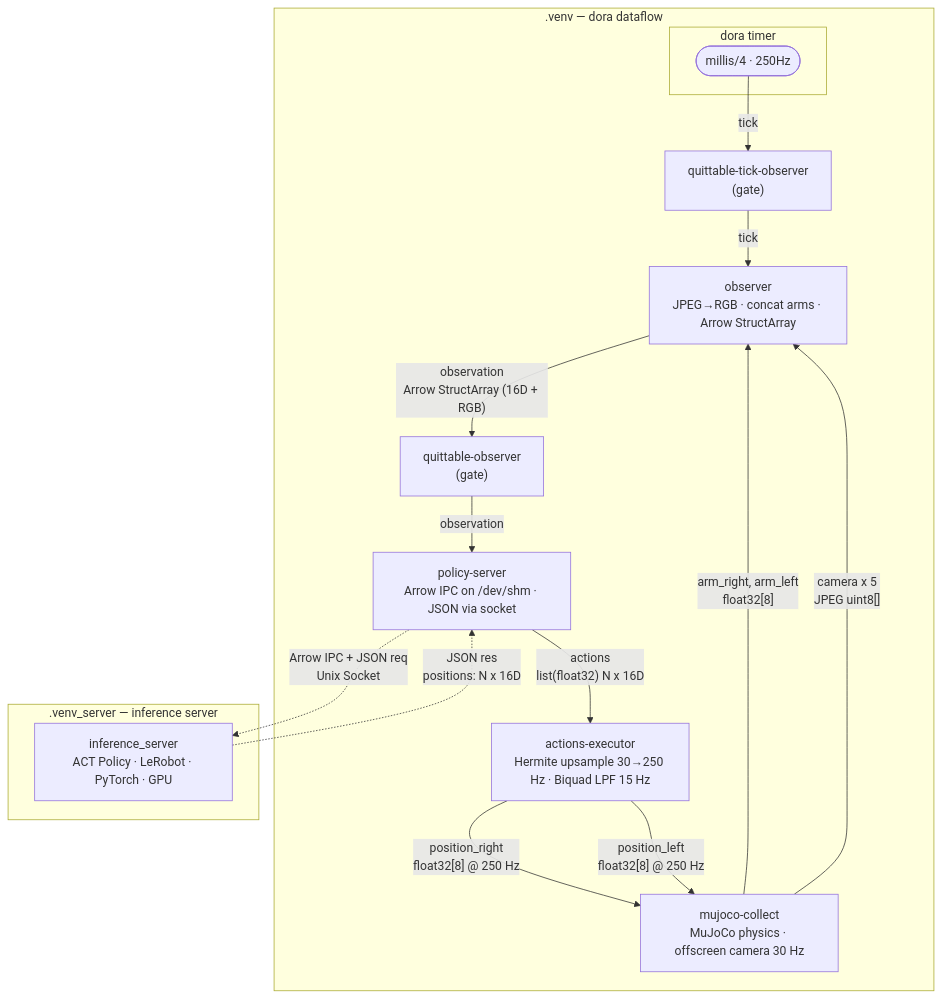
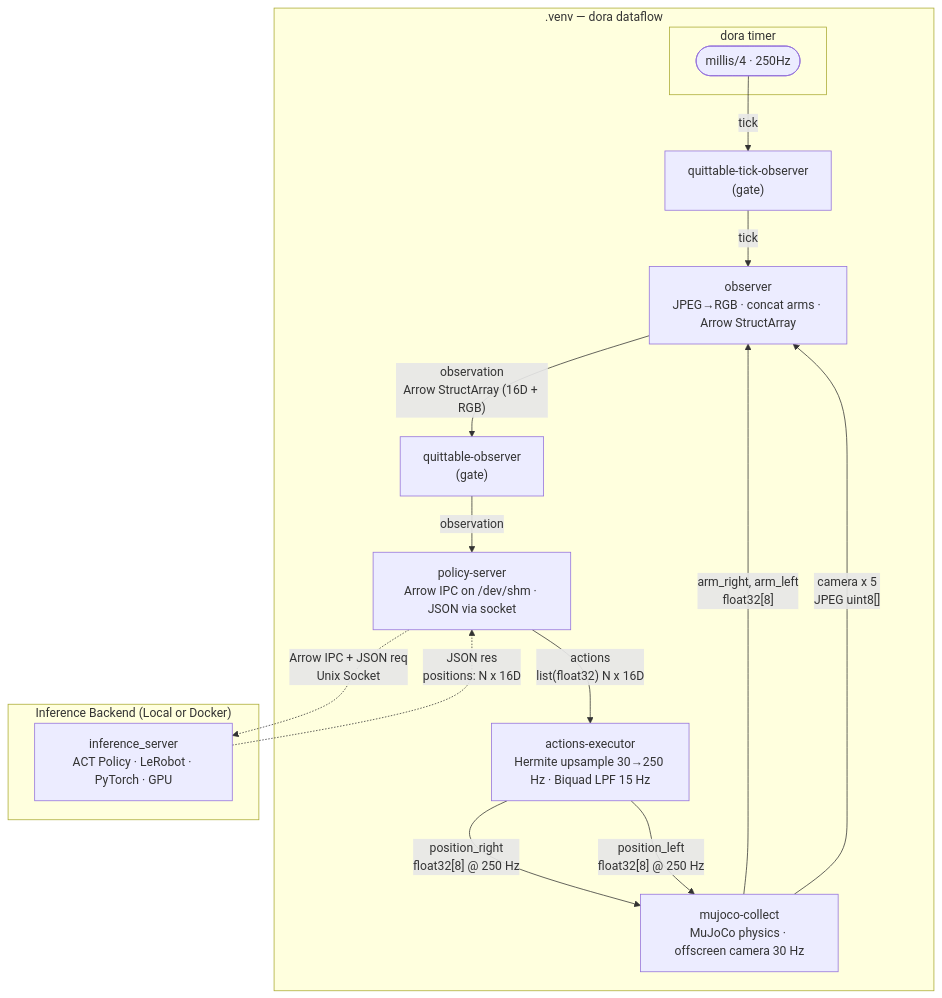
One commit to k1000dai/dora-openarm-inference-lerobot changed the diagram in README.md. Above: the diagram before and after it, drawn with Mermaid. The commit also changed other lines of this file, not shown here.

````diff
--- a/README.md
+++ b/README.md
@@ -31,36 +33,36 @@
 ```mermaid
 flowchart TB
   subgraph venv [".venv — dora dataflow"]
     subgraph dora_timer ["dora timer"]
       timer(["millis/4 · 250Hz"])
     end
 
     tick_gate["quittable-tick-observer<br>(gate)"]
     obs_gate["quittable-observer<br>(gate)"]
 
     observer["observer<br>JPEG→RGB · concat arms · Arrow StructArray"]
     policy["policy-server<br>Arrow IPC on /dev/shm · JSON via socket"]
     executor["actions-executor<br>Hermite upsample 30→250 Hz · Biquad LPF 15 Hz"]
     mujoco["mujoco-collect<br>MuJoCo physics · offscreen camera 30 Hz"]
   end
 
-  subgraph venv_server [".venv_server — inference server"]
+  subgraph inference_backend ["Inference Backend (Local or Docker)"]
     inference["inference_server<br>ACT Policy · LeRobot · PyTorch · GPU"]
   end
 
   timer -- tick --> tick_gate -- tick --> observer
 
   mujoco -- "arm_right, arm_left<br>float32[8]" --> observer
   mujoco -- "camera x 5<br>JPEG uint8[]" --> observer
 
   observer -- "observation<br>Arrow StructArray (16D + RGB)" --> obs_gate
   obs_gate -- observation --> policy
 
   policy -. "Arrow IPC + JSON req<br>Unix Socket" .-> inference
   inference -. "JSON res<br>positions: N x 16D" .-> policy
 
   policy -- "actions<br>list(float32) N x 16D" --> executor
 
   executor -- "position_right<br>float32[8] @ 250 Hz" --> mujoco
   executor -- "position_left<br>float32[8] @ 250 Hz" --> mujoco
 ```
````
